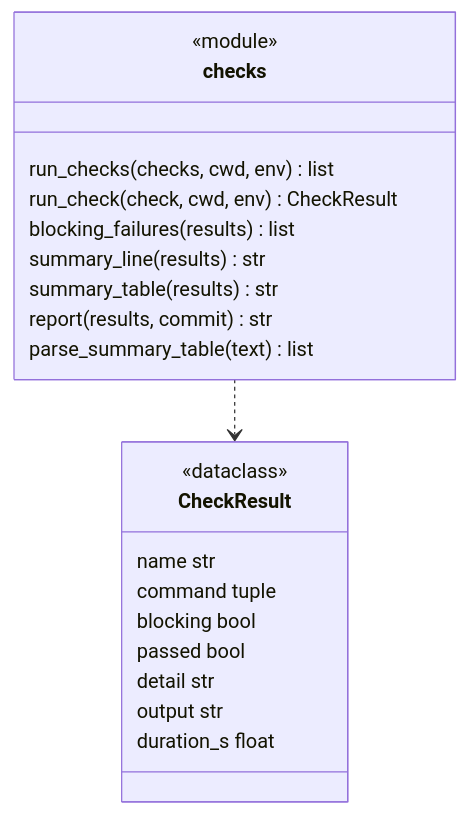
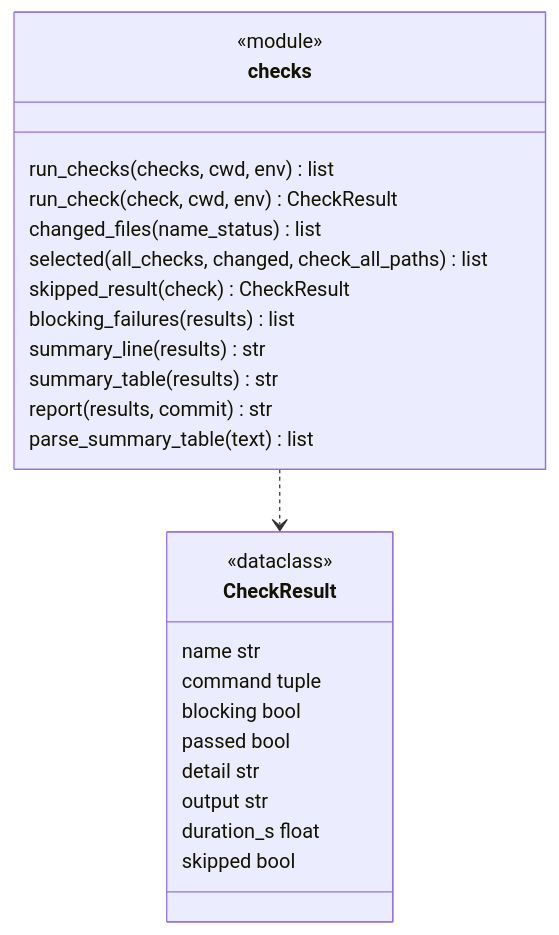
Before and after one commit to plaplanche/ariane: the second of 3 diagrams in docs/architecture/modules/checks.md, drawn with Mermaid. The commit also changed other lines of this file and 27 other files, not shown here.

Commit message:
#184: Selective checks: checks[].paths and ARIANE_CHANGED_FILES (C9)

````diff
--- a/docs/architecture/modules/checks.md
+++ b/docs/architecture/modules/checks.md
@@ -47,24 +55,28 @@
 ```mermaid
 classDiagram
 class CheckResult {
   <<dataclass>>
   name str
   command tuple
   blocking bool
   passed bool
   detail str
   output str
   duration_s float
+  skipped bool
 }
 class checks {
   <<module>>
   run_checks(checks, cwd, env) list
   run_check(check, cwd, env) CheckResult
+  changed_files(name_status) list
+  selected(all_checks, changed, check_all_paths) list
+  skipped_result(check) CheckResult
   blocking_failures(results) list
   summary_line(results) str
   summary_table(results) str
   report(results, commit) str
   parse_summary_table(text) list
 }
 checks ..> CheckResult
 ```
````
